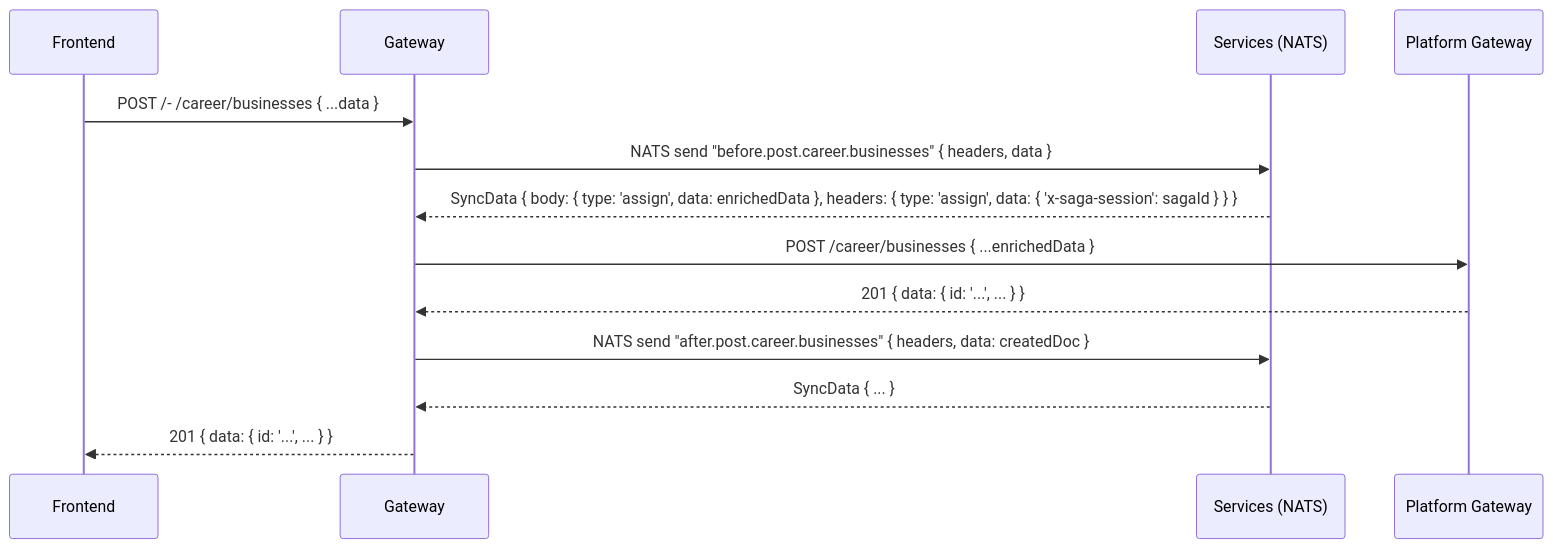
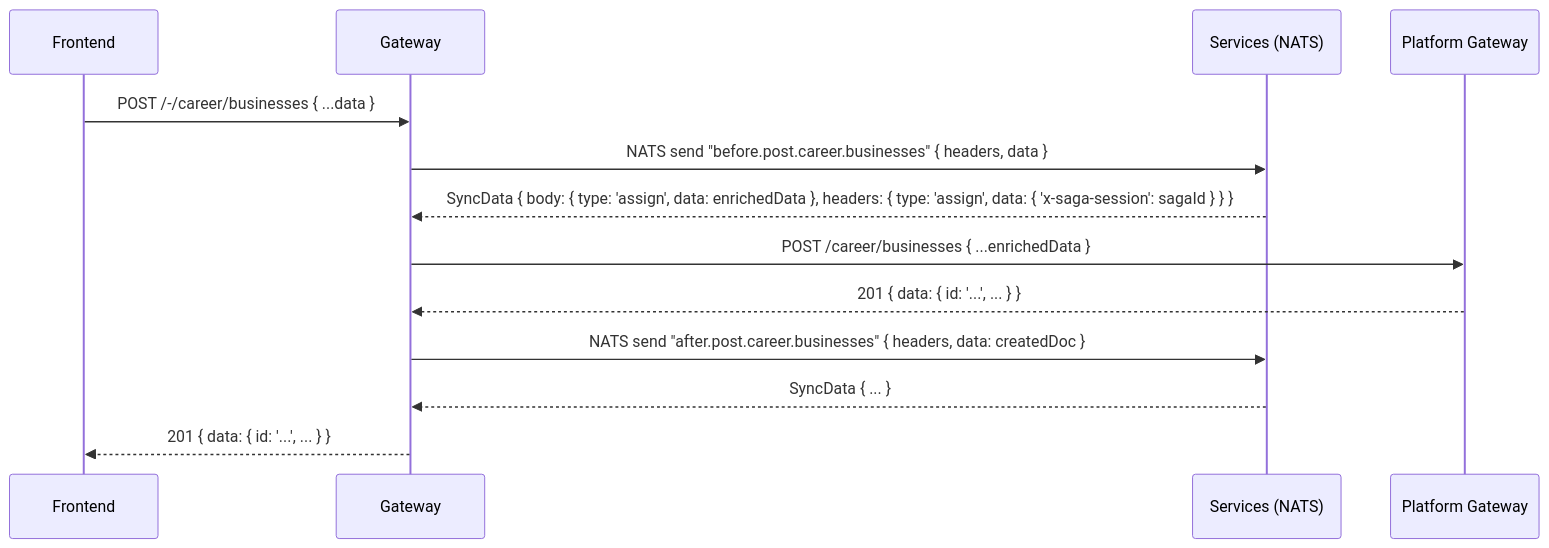
The second of 3 diagrams in getting-started/overview/ecosystem/client-app.md (wenex-org/platform-docs), drawn with Mermaid before and after one commit. The commit also changed other lines of this file and 22 other files, not shown here.

````diff
--- a/getting-started/overview/ecosystem/client-app.md
+++ b/getting-started/overview/ecosystem/client-app.md
@@ -81,18 +81,18 @@
 ```mermaid
 sequenceDiagram
     accTitle: Client request flow with before and after hooks
     accDescr: The client gateway sends a before hook to its services over NATS, forwards the enriched request to the Platform gateway, sends an after hook with the created document, and returns 201 to the frontend.
     participant FE as Frontend
     participant GW as Gateway
     participant SVC as Services (NATS)
     participant PGW as Platform Gateway
 
-    FE->>GW: POST /- /career/businesses { ...data }
+    FE->>GW: POST /-/career/businesses { ...data }
     GW->>SVC: NATS send "before.post.career.businesses" { headers, data }
     SVC-->>GW: SyncData { body: { type: 'assign', data: enrichedData }, headers: { type: 'assign', data: { 'x-saga-session': sagaId } } }
     GW->>PGW: POST /career/businesses { ...enrichedData }
     PGW-->>GW: 201 { data: { id: '...', ... } }
     GW->>SVC: NATS send "after.post.career.businesses" { headers, data: createdDoc }
     SVC-->>GW: SyncData { ... }
     GW-->>FE: 201 { data: { id: '...', ... } }
 ```
````
